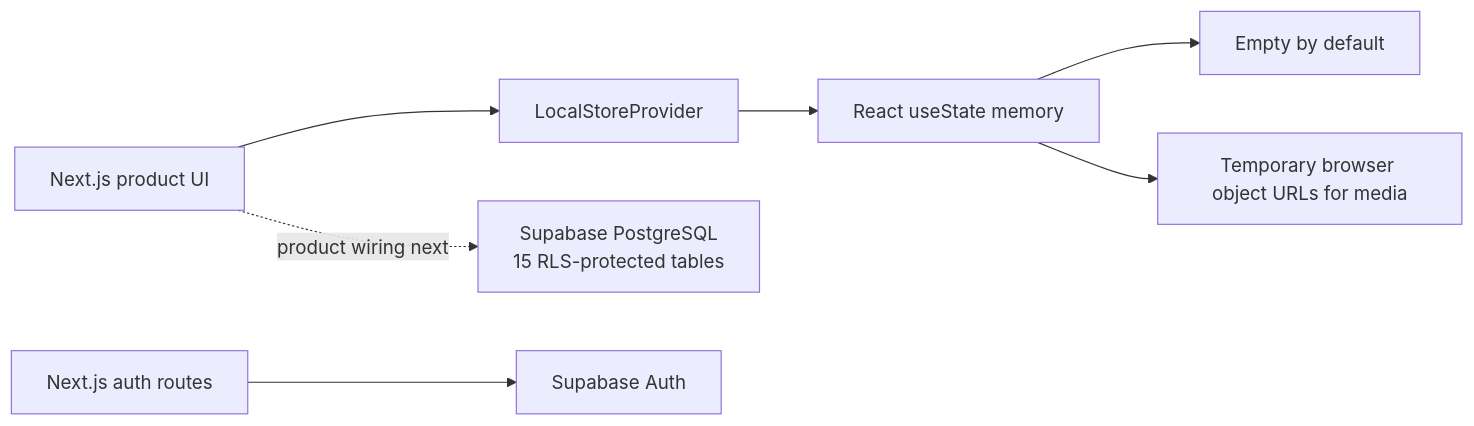
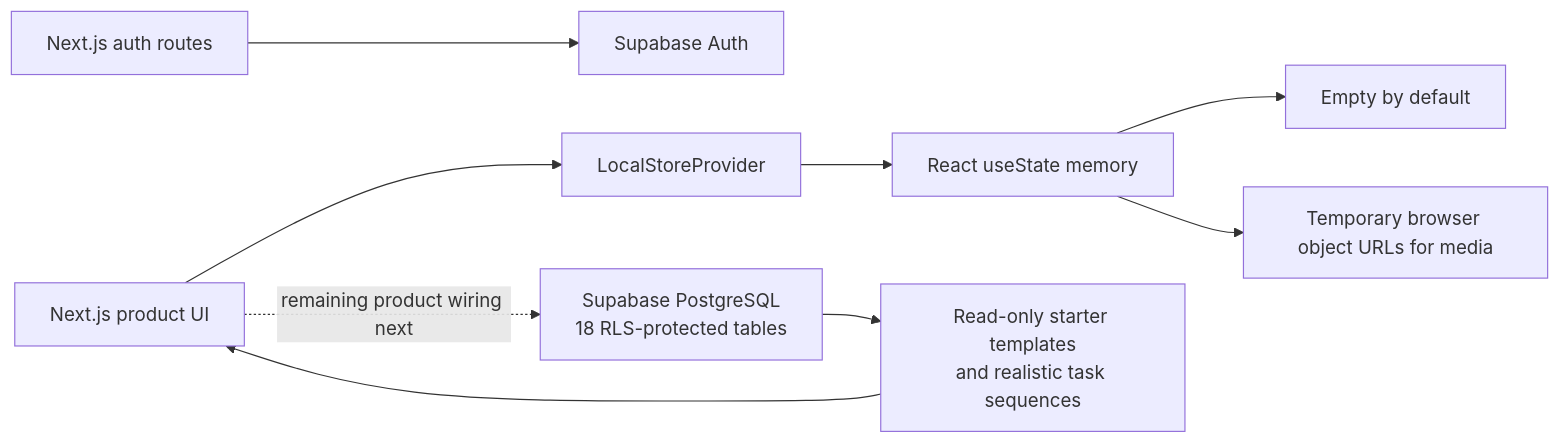
One commit to mzubairhassan18/planisher changed the first of 2 diagrams in docs/CURRENT_STATE_AND_HOSTED_ROADMAP.md. Above: the diagram before and after it, drawn with Mermaid. The commit also changed other lines of this file and 24 other files, not shown here.

````diff
--- a/docs/CURRENT_STATE_AND_HOSTED_ROADMAP.md
+++ b/docs/CURRENT_STATE_AND_HOSTED_ROADMAP.md
@@ -30,10 +31,12 @@
 ```mermaid
 flowchart LR
     UI["Next.js product UI"] --> STORE["LocalStoreProvider"]
     STORE --> STATE["React useState memory"]
     STATE --> EMPTY["Empty by default"]
     STATE --> URLS["Temporary browser object URLs for media"]
     AUTHUI["Next.js auth routes"] --> AUTH["Supabase Auth"]
-    DB["Supabase PostgreSQL<br/>15 RLS-protected tables"]
-    UI -. "product wiring next" .-> DB
+    DB["Supabase PostgreSQL<br/>18 RLS-protected tables"]
+    DB --> CATALOG["Read-only starter templates<br/>and realistic task sequences"]
+    CATALOG --> UI
+    UI -. "remaining product wiring next" .-> DB
 ```
````
